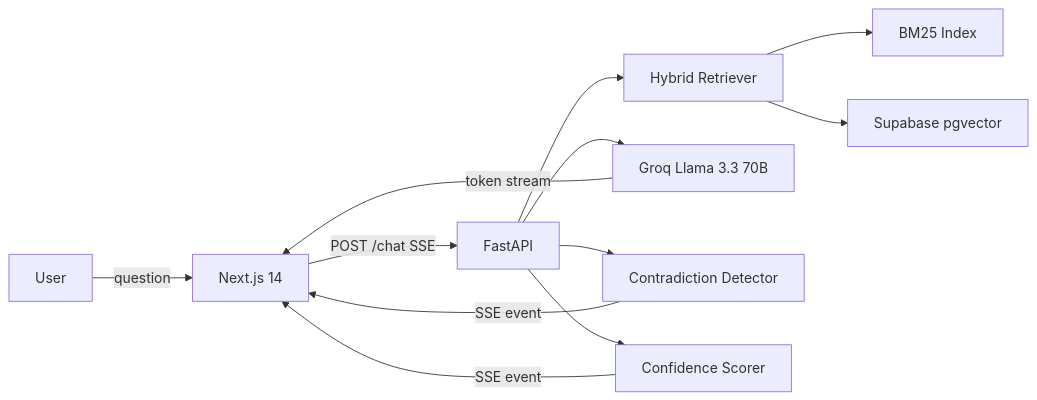
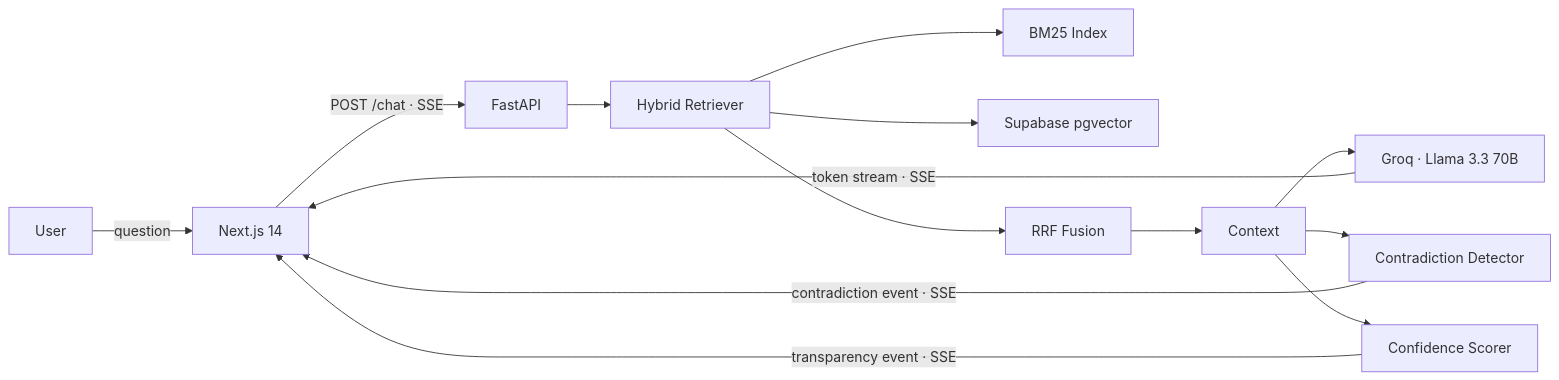
The diagram in README.md (skayy47/nexus), drawn with Mermaid before and after one commit. The commit also changed other lines of this file, not shown here.

````diff
--- a/README.md
+++ b/README.md
@@ -51,14 +28,16 @@
 ```mermaid
 graph LR
     User -->|question| FE[Next.js 14]
-    FE -->|POST /chat SSE| API[FastAPI]
-    API --> HR[Hybrid Retriever]
-    HR --> BM25[BM25 Index]
-    HR --> Vec[Supabase pgvector]
-    API --> LLM[Groq Llama 3.3 70B]
-    API --> CD[Contradiction Detector]
-    API --> TS[Confidence Scorer]
-    LLM -->|token stream| FE
-    CD -->|SSE event| FE
-    TS -->|SSE event| FE
+    FE -->|POST /chat · SSE| API[FastAPI]
+    API --> RET[Hybrid Retriever]
+    RET --> BM25[BM25 Index]
+    RET --> VEC[Supabase pgvector]
+    RET --> RRF[RRF Fusion]
+    RRF --> CTX[Context]
+    CTX --> LLM[Groq · Llama 3.3 70B]
+    CTX --> CD[Contradiction Detector]
+    CTX --> TS[Confidence Scorer]
+    LLM -->|token stream · SSE| FE
+    CD -->|contradiction event · SSE| FE
+    TS -->|transparency event · SSE| FE
 ```
````
